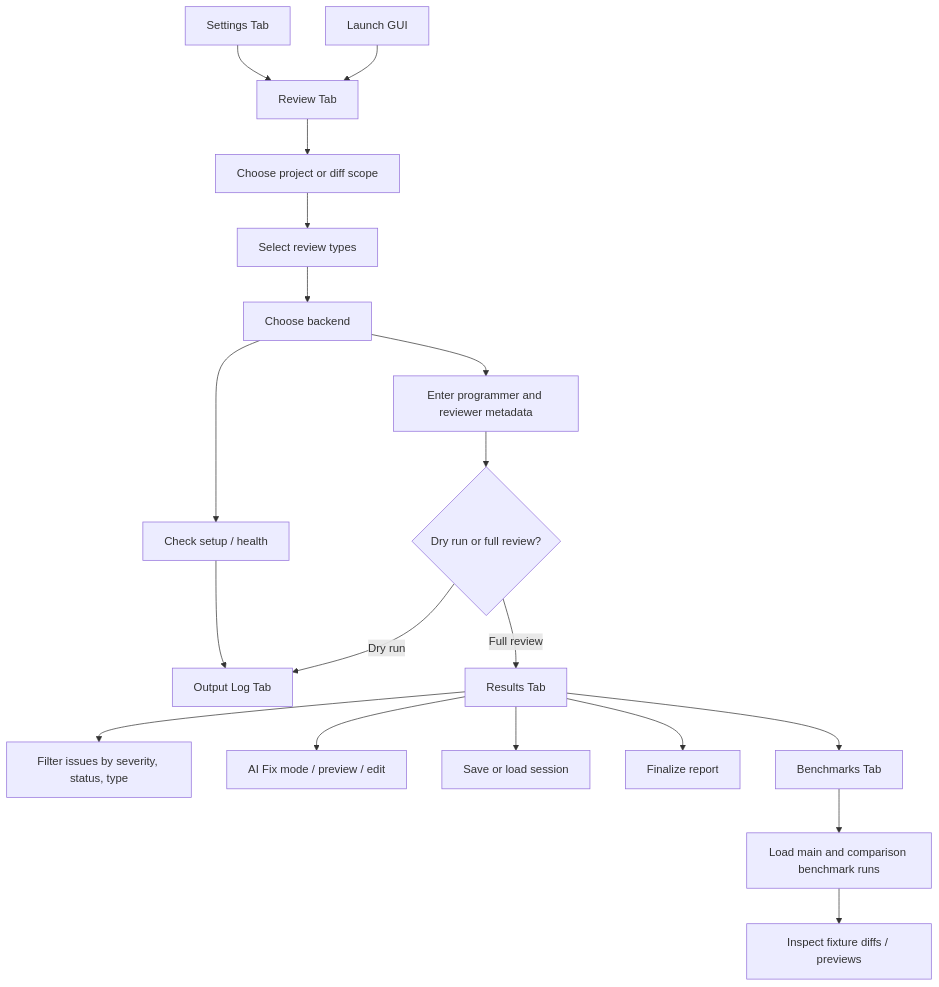
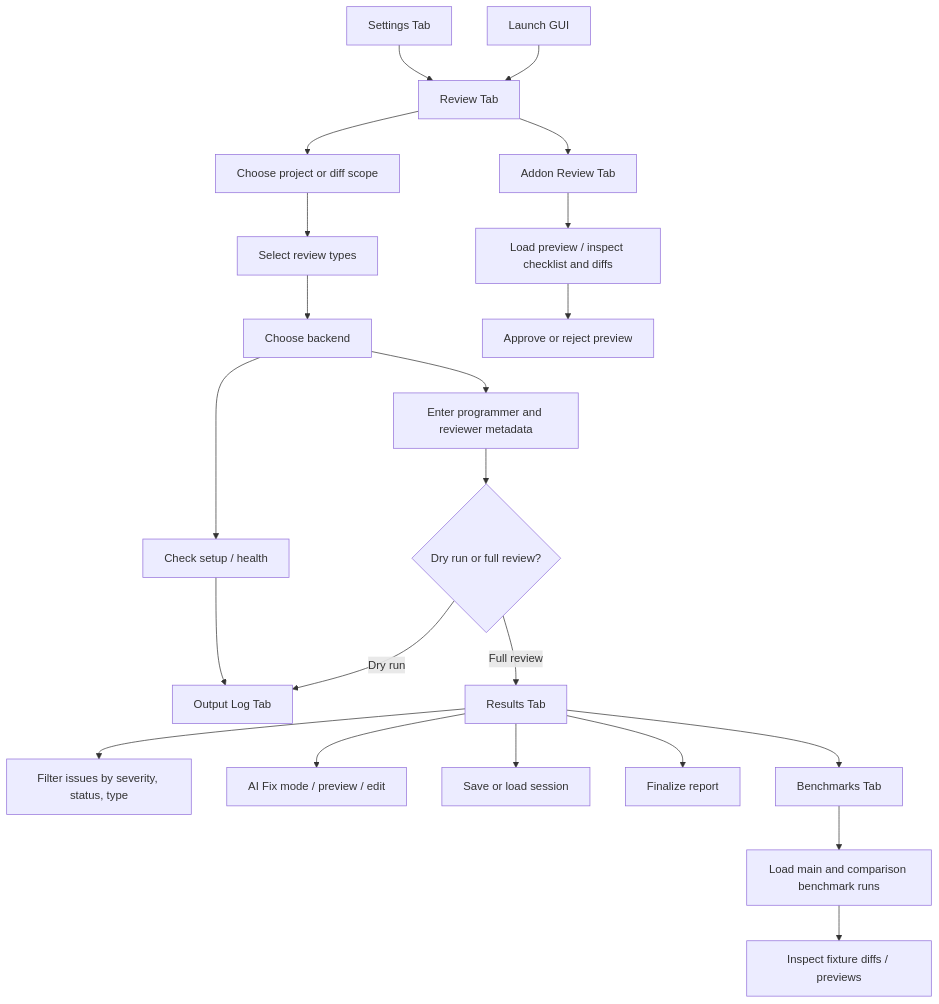
The first of 2 diagrams in docs/gui.md (gallaway-jp/AICodeReviewer), drawn with Mermaid before and after one commit. The commit also changed other lines of this file and 13 other files, not shown here.

````diff
--- a/docs/gui.md
+++ b/docs/gui.md
@@ -167,21 +183,24 @@
 ```mermaid
 flowchart TD
 	Launch[Launch GUI] --> Review[Review Tab]
 	Review --> Scope[Choose project or diff scope]
 	Scope --> Types[Select review types]
 	Types --> Backend[Choose backend]
 	Backend --> Meta[Enter programmer and reviewer metadata]
 	Meta --> Run{Dry run or full review?}
 	Run -->|Dry run| Log[Output Log Tab]
 	Run -->|Full review| Results[Results Tab]
 	Results --> Filter[Filter issues by severity, status, type]
 	Results --> Fix[AI Fix mode / preview / edit]
 	Results --> Session[Save or load session]
 	Results --> Finalize[Finalize report]
 	Results --> Benchmarks[Benchmarks Tab]
 	Benchmarks --> Compare[Load main and comparison benchmark runs]
 	Compare --> Diff[Inspect fixture diffs / previews]
+	Review --> AddonReview[Addon Review Tab]
+	AddonReview --> Preview[Load preview / inspect checklist and diffs]
+	Preview --> Decide[Approve or reject preview]
 	Settings[Settings Tab] --> Review
 	Backend --> Health[Check setup / health]
 	Health --> Log
 ```
````
